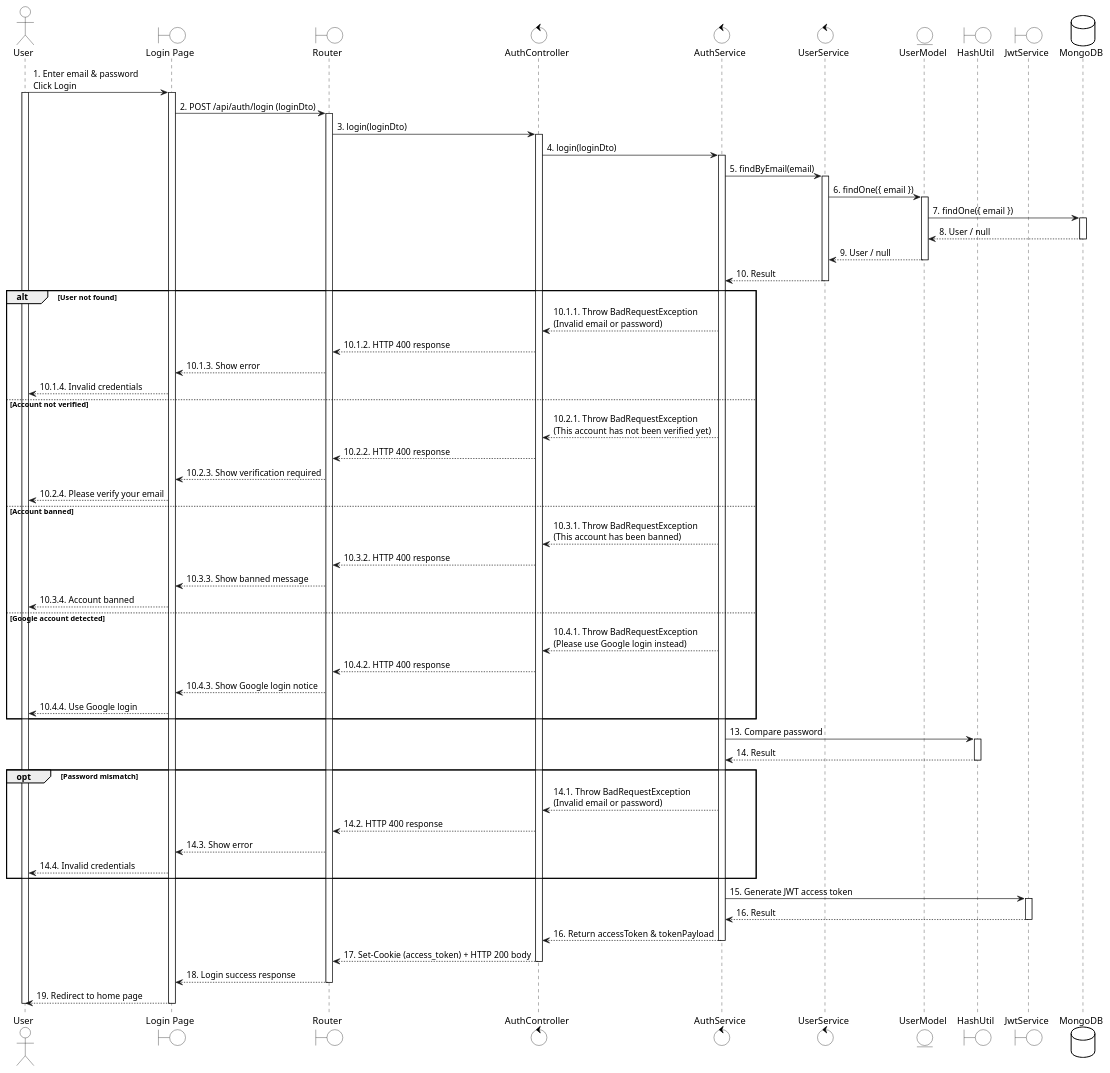
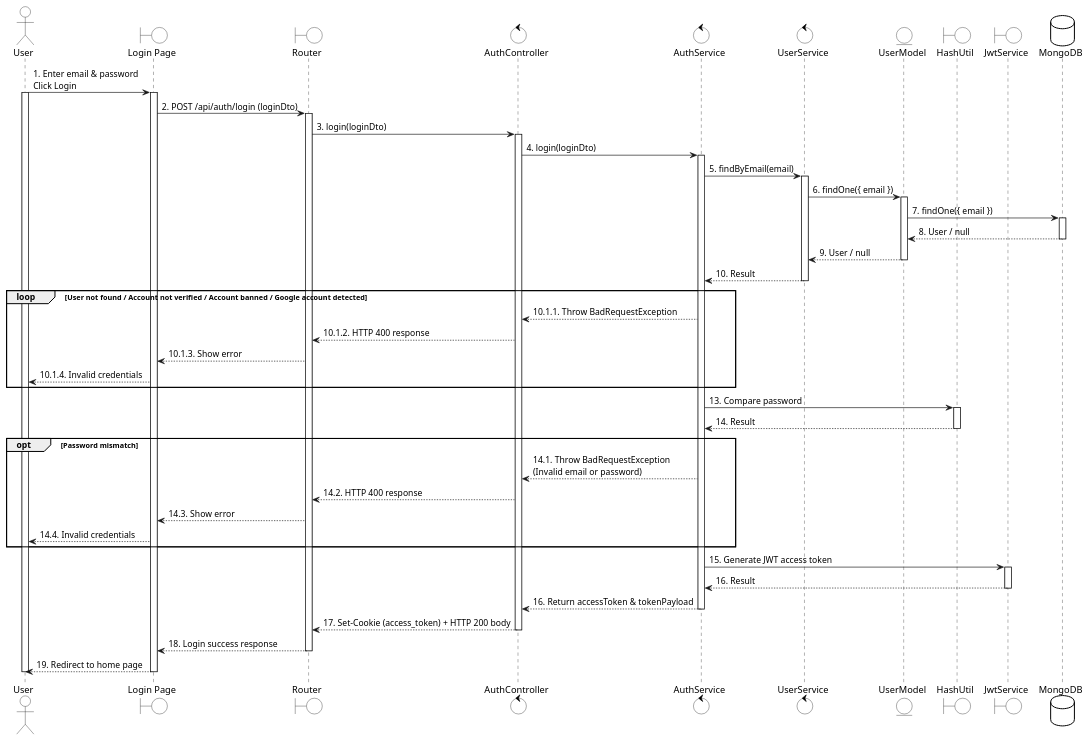
One commit to LGK1412/sequence_sep490_01 changed the diagram in uc5 - Email Login.wsd. Above: the diagram before and after it, drawn with PlantUML. The commit also changed 103 other files, not shown here.

```diff
--- a/uc5 - Email Login.wsd
+++ b/uc5 - Email Login.wsd
@@ -1,104 +1,89 @@
 @startuml
 skinparam {
     ActorBackgroundColor #FFFFFF
     BoundaryBackgroundColor #FFFFFF
     ControlBackgroundColor #FFFFFF
     EntityBackgroundColor #FFFFFF
     DatabaseBackgroundColor #FFFFFF
 
     ActorBorderColor black
     BoundaryBorderColor black
     ControlBorderColor black
     EntityBorderColor black
     DatabaseBorderColor black
 }
 
 actor User
 boundary "Login Page" as UI
 boundary Router
 control AuthController
 control AuthService
 control UserService
 entity UserModel
 boundary HashUtil
 boundary JwtService
 database MongoDB
 
 User -> UI: 1. Enter email & password\nClick Login
 activate User
 activate UI
 
 UI -> Router: 2. POST /api/auth/login (loginDto)
 activate Router
 
 Router -> AuthController: 3. login(loginDto)
 activate AuthController
 
 AuthController -> AuthService: 4. login(loginDto)
 activate AuthService
 
 AuthService -> UserService: 5. findByEmail(email)
 activate UserService
 UserService -> UserModel: 6. findOne({ email })
 activate UserModel
 UserModel -> MongoDB: 7. findOne({ email })
 activate MongoDB
 MongoDB --> UserModel: 8. User / null
 deactivate MongoDB
 UserModel --> UserService: 9. User / null
 deactivate UserModel
 UserService --> AuthService: 10. Result
 deactivate UserService
 
-alt User not found
-    AuthService --> AuthController: 10.1.1. Throw BadRequestException\n(Invalid email or password)
+loop User not found / Account not verified / Account banned / Google account detected
+    AuthService --> AuthController: 10.1.1. Throw BadRequestException
     AuthController --> Router: 10.1.2. HTTP 400 response
     Router --> UI: 10.1.3. Show error
     UI --> User: 10.1.4. Invalid credentials
-else Account not verified
-    AuthService --> AuthController: 10.2.1. Throw BadRequestException\n(This account has not been verified yet)
-    AuthController --> Router: 10.2.2. HTTP 400 response
-    Router --> UI: 10.2.3. Show verification required
-    UI --> User: 10.2.4. Please verify your email
-else Account banned
-    AuthService --> AuthController: 10.3.1. Throw BadRequestException\n(This account has been banned)
-    AuthController --> Router: 10.3.2. HTTP 400 response
-    Router --> UI: 10.3.3. Show banned message
-    UI --> User: 10.3.4. Account banned
-else Google account detected
-    AuthService --> AuthController: 10.4.1. Throw BadRequestException\n(Please use Google login instead)
-    AuthController --> Router: 10.4.2. HTTP 400 response
-    Router --> UI: 10.4.3. Show Google login notice
-    UI --> User: 10.4.4. Use Google login
 end
 
 AuthService -> HashUtil: 13. Compare password
 activate HashUtil
 HashUtil --> AuthService: 14. Result
 deactivate HashUtil
 
 opt Password mismatch
     AuthService --> AuthController: 14.1. Throw BadRequestException\n(Invalid email or password)
     AuthController --> Router: 14.2. HTTP 400 response
     Router --> UI: 14.3. Show error
     UI --> User: 14.4. Invalid credentials
 end
 
 AuthService -> JwtService: 15. Generate JWT access token
 activate JwtService
 JwtService --> AuthService: 16. Result
 deactivate JwtService
 
 AuthService --> AuthController: 16. Return accessToken & tokenPayload
 deactivate AuthService
 
 AuthController --> Router: 17. Set-Cookie (access_token) + HTTP 200 body
 deactivate AuthController
 
 Router --> UI: 18. Login success response
 deactivate Router
 
 UI --> User: 19. Redirect to home page
 deactivate UI
 deactivate User
 @enduml
```
